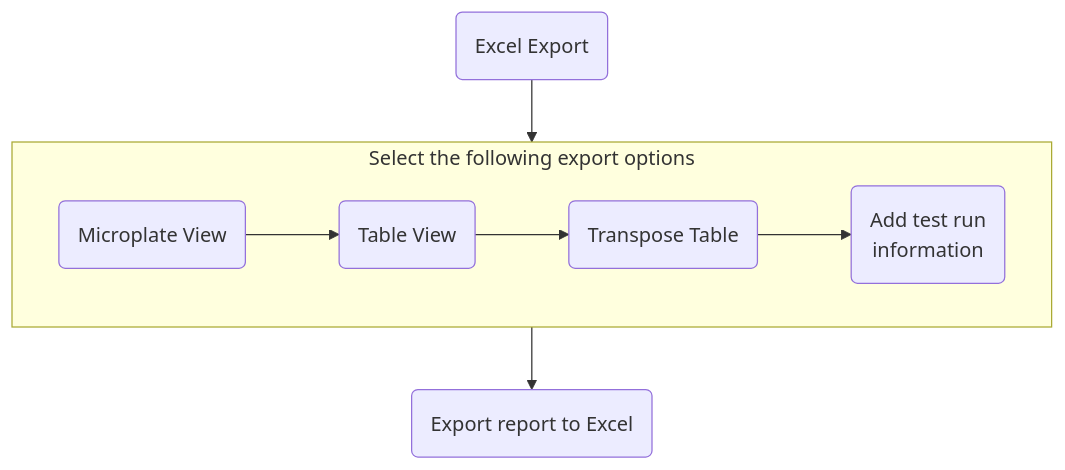
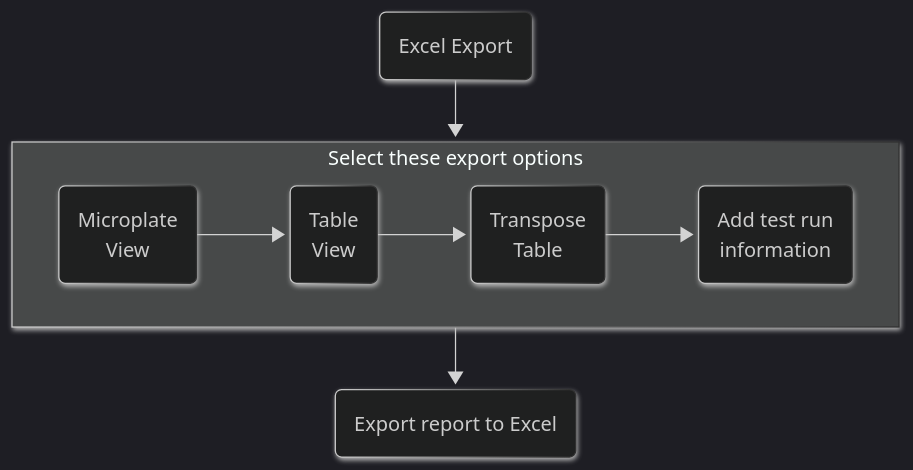
One commit to gage1145/quicR changed the diagram in README.md. Above: the diagram before and after it, drawn with Mermaid. The commit also changed other lines of this file and 1 other file, not shown here.

````diff
--- a/README.md
+++ b/README.md
@@ -12,18 +19,36 @@
-``` mermaid
+``` Mermaid
+---
+config:
+  layout: dagre
+  theme: dark
+  look: neo
+---
 flowchart TB
 excel(Excel Export)
 
-subgraph A[Select the following export options]
+subgraph A[Select these export options]
   direction LR
-  micro(Microplate View)
-  table(Table View)
-  trans(Transpose Table)
-  test(Add test run \n information)
+  micro(
+    Microplate
+    View
+  )
+  table(
+    Table
+    View
+  )
+  trans(
+    Transpose
+    Table
+  )
+  test(
+    Add test run 
+    information
+  )
 end
 
 export(Export report to Excel)
 
 excel --> A
 micro --> table --> trans --> test
 A --> export
 ```
````
